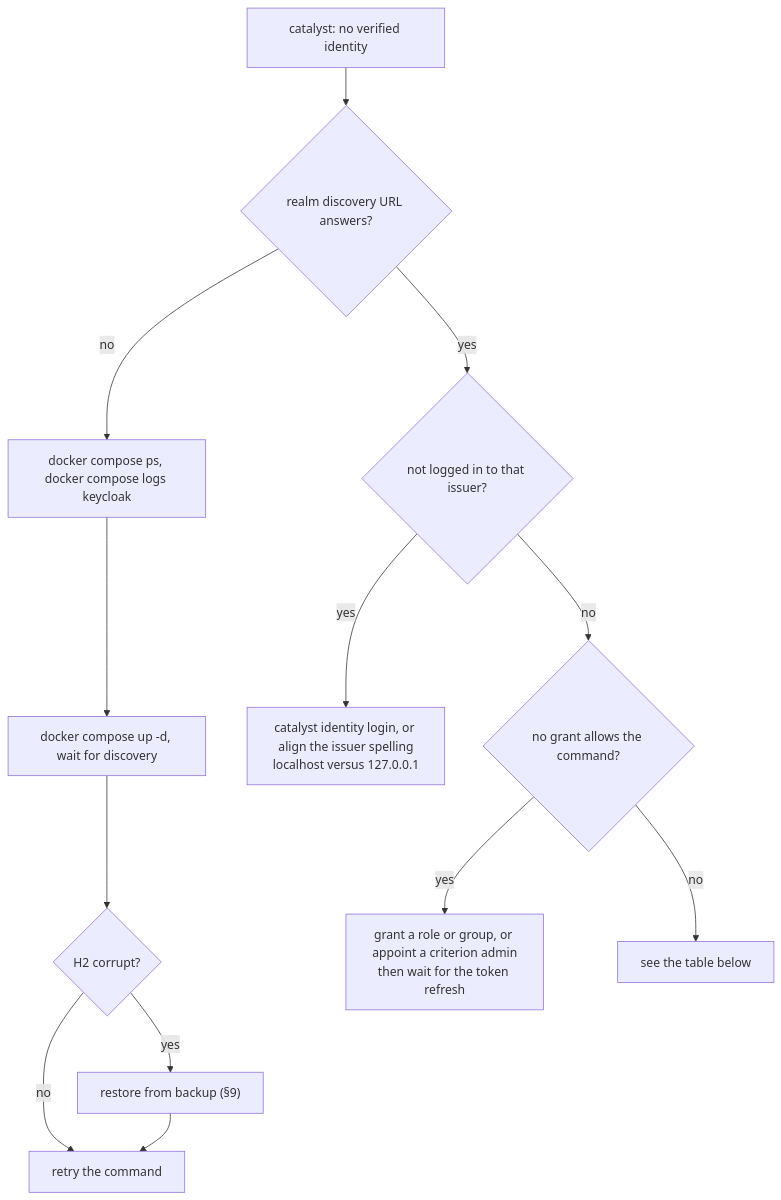
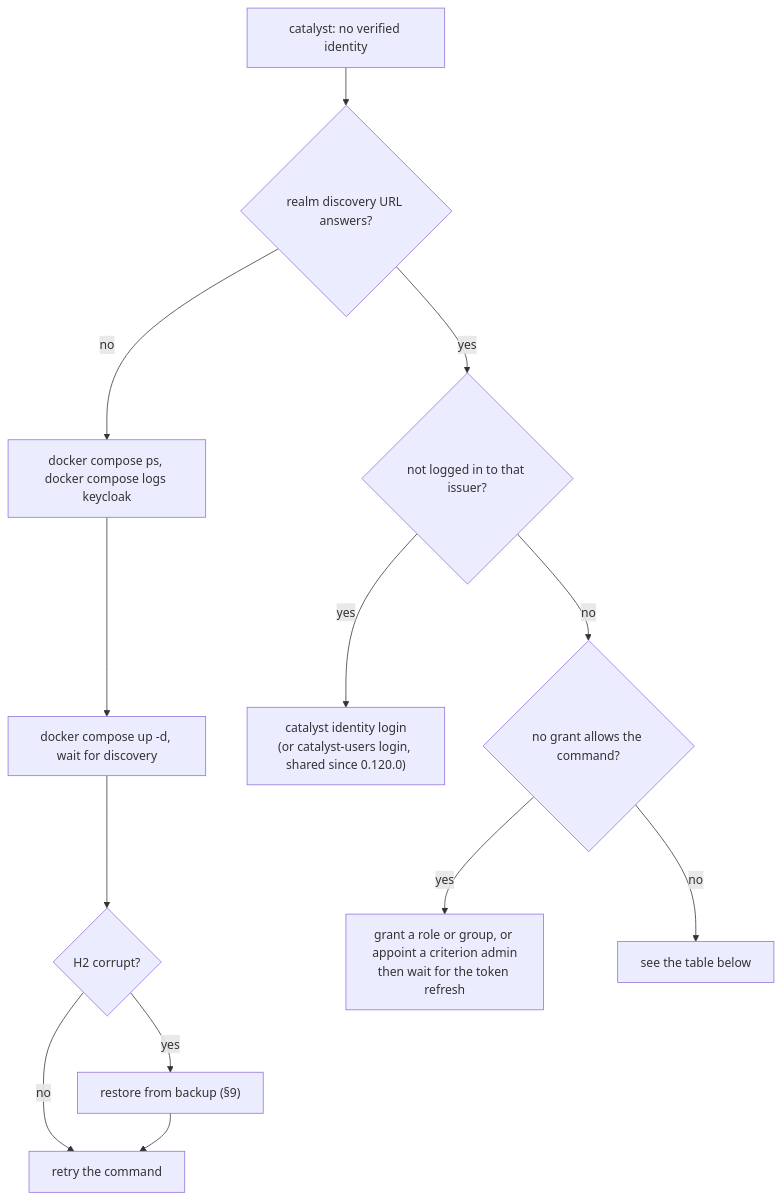
Before and after one commit to cantica-tech/catalyst-docs: diagram 18 of 18 in docs/guide/manual/50-identity-users-mcp.md, drawn with Mermaid. The commit also changed other lines of this file and 9 other files, not shown here.

````diff
--- a/docs/guide/manual/50-identity-users-mcp.md
+++ b/docs/guide/manual/50-identity-users-mcp.md
@@ -1566,15 +1592,15 @@
 ```mermaid
 flowchart TD
   A["catalyst: no verified identity"] --> B{"realm discovery URL answers?"}
   B -- no --> C["docker compose ps, docker compose logs keycloak"]
   C --> D["docker compose up -d, wait for discovery"]
   D --> E{"H2 corrupt?"}
   E -- yes --> F["restore from backup (§9)"]
   E -- no --> OK["retry the command"]
   F --> OK
   B -- yes --> G{"not logged in to that issuer?"}
-  G -- yes --> H["catalyst identity login, or align the issuer spelling<br/>localhost versus 127.0.0.1"]
+  G -- yes --> H["catalyst identity login<br/>(or catalyst-users login, shared since 0.120.0)"]
   G -- no --> I{"no grant allows the command?"}
   I -- yes --> J["grant a role or group, or appoint a criterion admin<br/>then wait for the token refresh"]
   I -- no --> K["see the table below"]
 ```
````
